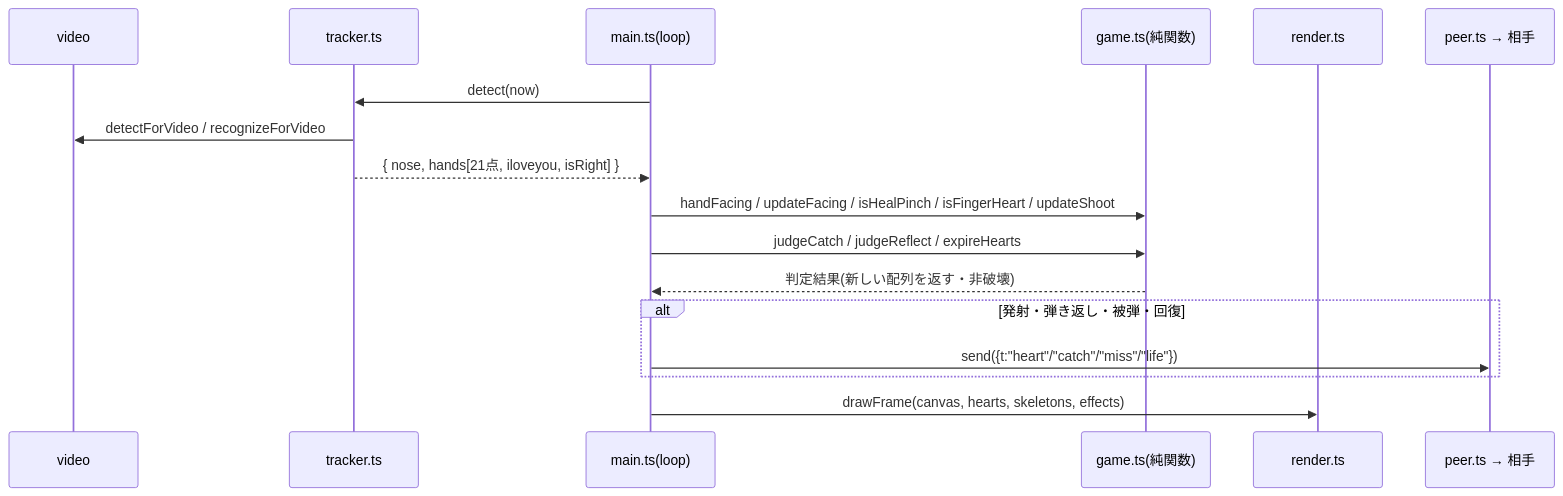
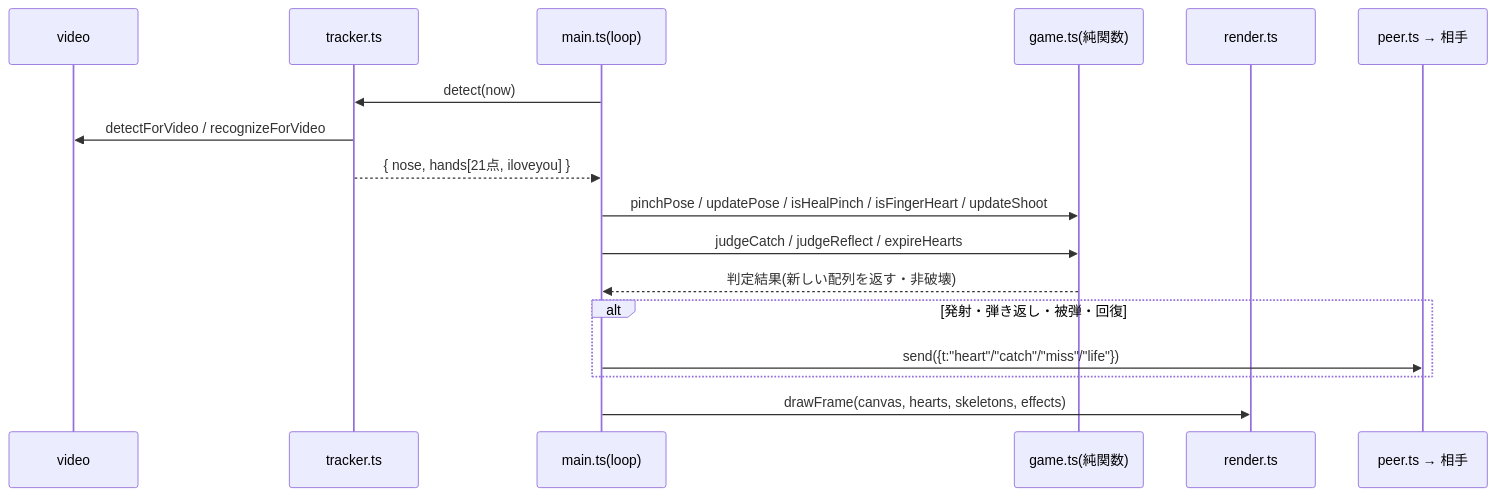
The third of 5 diagrams in docs/mediapipe-basics/development-guide.md (SomaTomita/mediapipe-test-app), drawn with Mermaid before and after one commit. The commit also changed other lines of this file and 1 other file, not shown here.

Commit message:
docs: update operation model to finger-extension pinch pose (#66)

````diff
--- a/docs/mediapipe-basics/development-guide.md
+++ b/docs/mediapipe-basics/development-guide.md
@@ -64,20 +64,20 @@
 ```mermaid
 sequenceDiagram
     participant V as video
     participant T as tracker.ts
     participant M as main.ts(loop)
     participant G as game.ts(純関数)
     participant R as render.ts
     participant P as peer.ts → 相手
 
     M->>T: detect(now)
     T->>V: detectForVideo / recognizeForVideo
-    T-->>M: { nose, hands[21点, iloveyou, isRight] }
-    M->>G: handFacing / updateFacing / isHealPinch / isFingerHeart / updateShoot
+    T-->>M: { nose, hands[21点, iloveyou] }
+    M->>G: pinchPose / updatePose / isHealPinch / isFingerHeart / updateShoot
     M->>G: judgeCatch / judgeReflect / expireHearts
     G-->>M: 判定結果(新しい配列を返す・非破壊)
     alt 発射・弾き返し・被弾・回復
         M->>P: send({t:"heart"/"catch"/"miss"/"life"})
     end
     M->>R: drawFrame(canvas, hearts, skeletons, effects)
 ```
````
